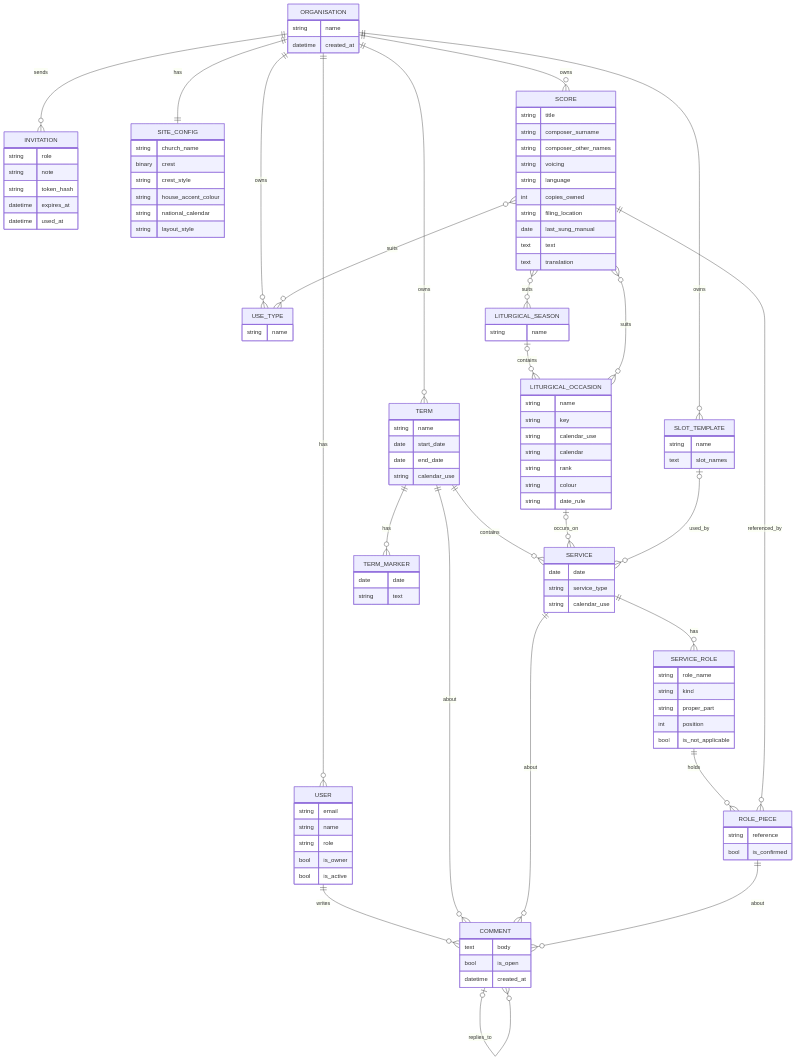
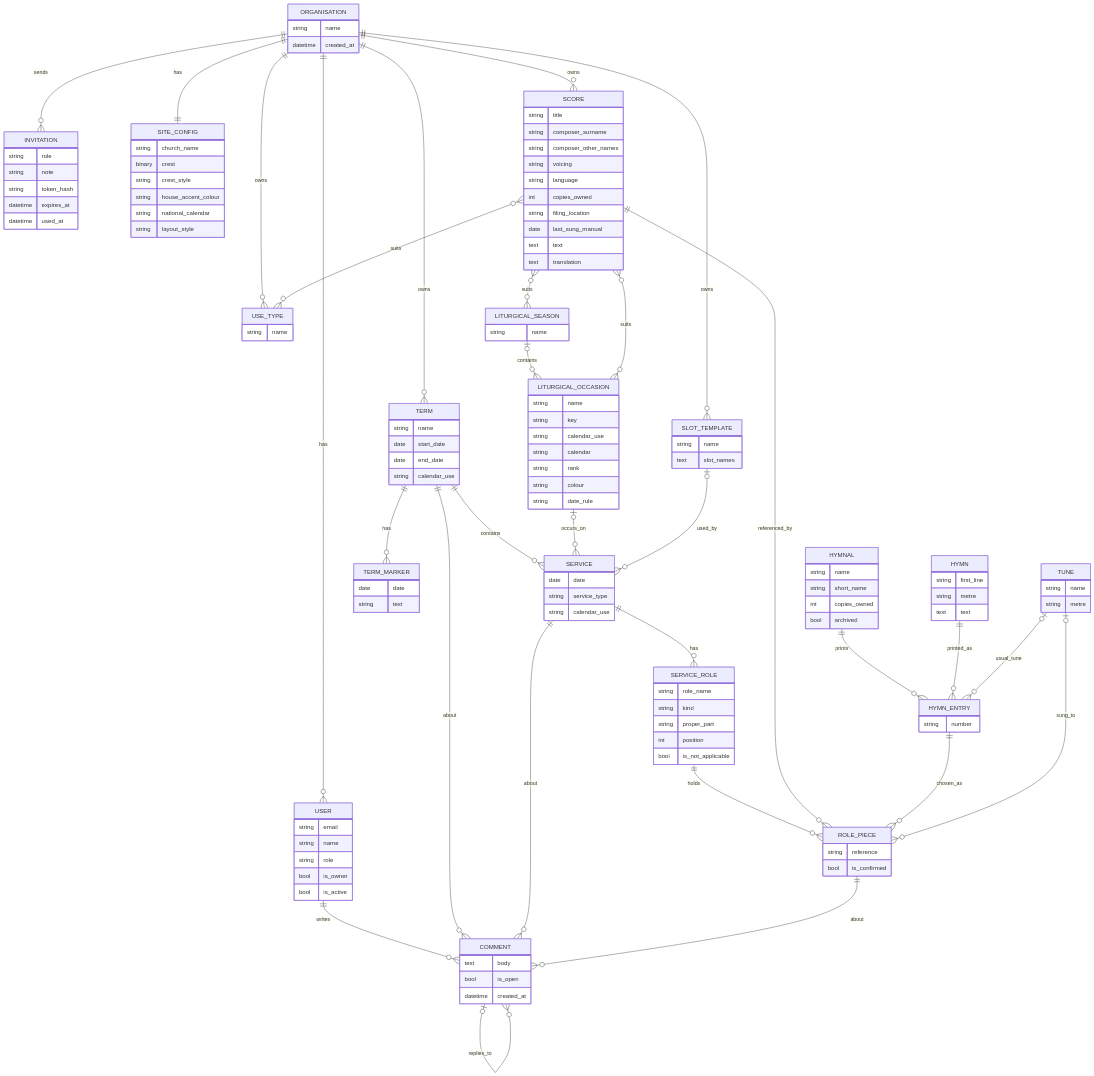
Before and after one commit to StockoL/precentor: the diagram in README.md, drawn with Mermaid. The commit also changed other lines of this file, not shown here.

```diff
--- a/README.md
+++ b/README.md
@@ -830,6 +852,11 @@
   SLOT_TEMPLATE |o--o{ SERVICE : used_by
   SERVICE_ROLE ||--o{ ROLE_PIECE : holds
   SCORE ||--o{ ROLE_PIECE : referenced_by
+  HYMNAL ||--o{ HYMN_ENTRY : prints
+  HYMN ||--o{ HYMN_ENTRY : printed_as
+  HYMN_ENTRY ||--o{ ROLE_PIECE : chosen_as
+  TUNE |o--o{ HYMN_ENTRY : usual_tune
+  TUNE |o--o{ ROLE_PIECE : sung_to
   SCORE }o--o{ LITURGICAL_OCCASION : suits
   SCORE }o--o{ LITURGICAL_SEASON : suits
   SCORE }o--o{ USE_TYPE : suits
@@ -894,6 +921,24 @@
     string reference
     bool is_confirmed
   }
+  HYMNAL {
+    string name
+    string short_name
+    int copies_owned
+    bool archived
+  }
+  HYMN {
+    string first_line
+    string metre
+    text text
+  }
+  HYMN_ENTRY {
+    string number
+  }
+  TUNE {
+    string name
+    string metre
+  }
   SCORE {
     string title
     string composer_surname
```
